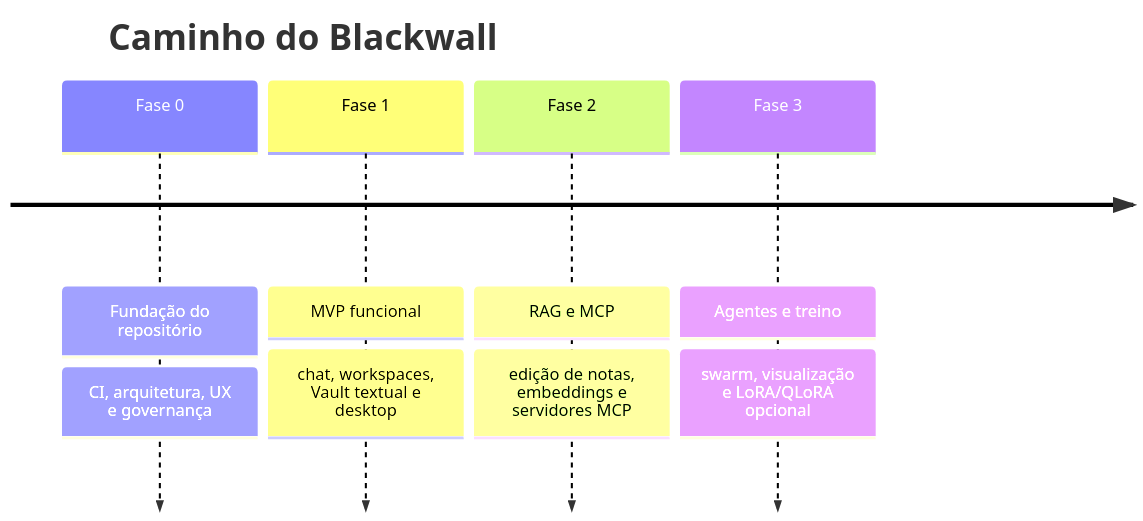
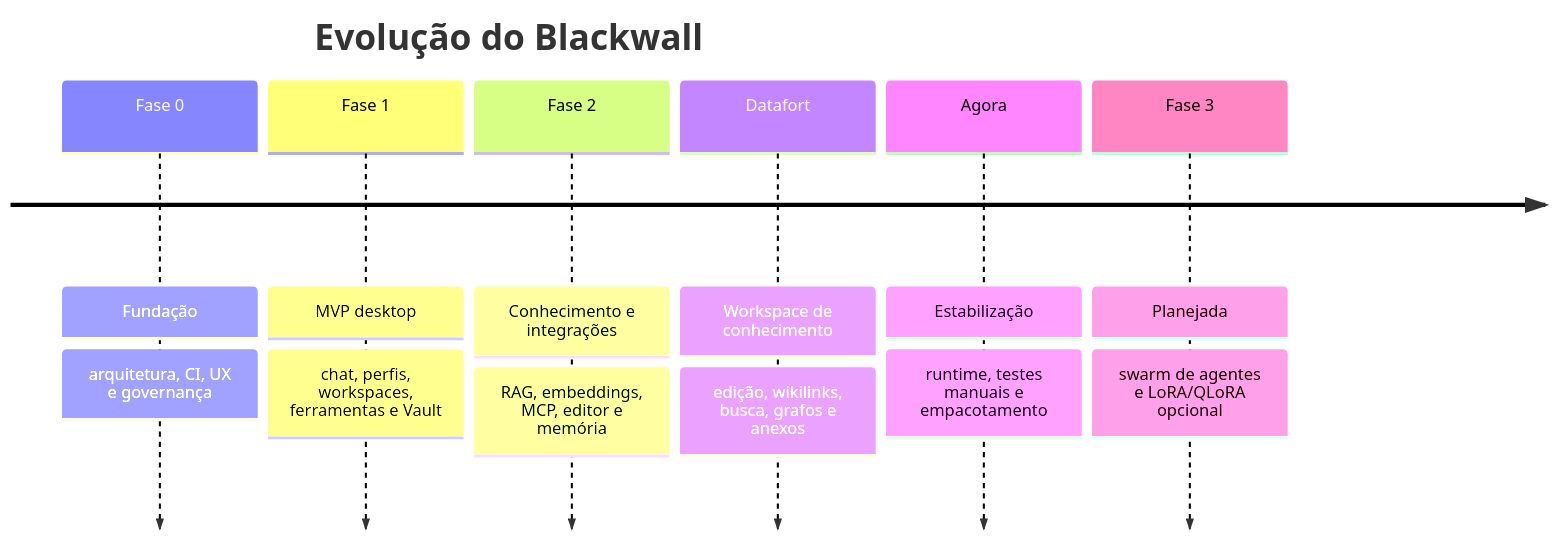
One commit to MateusGaio/Blackwall changed the first of 2 diagrams in README.md. Above: the diagram before and after it, drawn with Mermaid. The commit also changed other lines of this file, not shown here.

````diff
--- a/README.md
+++ b/README.md
@@ -67,8 +71,10 @@
 ```mermaid
 timeline
-    title Caminho do Blackwall
-    Fase 0 : Fundação do repositório : CI, arquitetura, UX e governança
-    Fase 1 : MVP funcional : chat, workspaces, Vault textual e desktop
-    Fase 2 : RAG e MCP : edição de notas, embeddings e servidores MCP
-    Fase 3 : Agentes e treino : swarm, visualização e LoRA/QLoRA opcional
+    title Evolução do Blackwall
+    Fase 0 : Fundação : arquitetura, CI, UX e governança
+    Fase 1 : MVP desktop : chat, perfis, workspaces, ferramentas e Vault
+    Fase 2 : Conhecimento e integrações : RAG, embeddings, MCP, editor e memória
+    Datafort : Workspace de conhecimento : edição, wikilinks, busca, grafos e anexos
+    Agora : Estabilização : runtime, testes manuais e empacotamento
+    Fase 3 : Planejada : swarm de agentes e LoRA/QLoRA opcional
 ```
````
